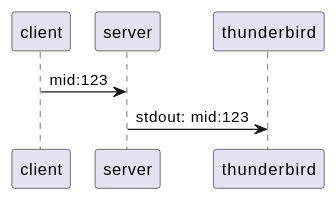
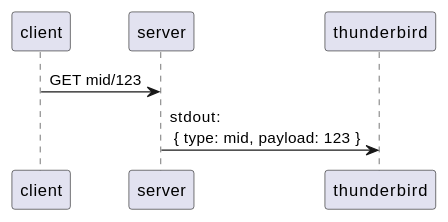
The first of 2 diagrams in TODOs.org (thanhvg/thunderbird-native-message-server), drawn with PlantUML before and after one commit. The commit also changed other lines of this file and 1 other file, not shown here.

```diff
--- a/TODOs.org
+++ b/TODOs.org
@@ -78,11 +78,11 @@
 #+begin_src plantuml :results verbatim
 @startuml
 participant "client" as client 
 participant "server" as srv 
 participant "thunderbird" as tb 
 
-client -> srv: mid:123
-srv -> tb: stdout: mid:123
+client -> srv: GET mid/123
+srv -> tb: stdout:\n { type: mid, payload: 123 }
 @enduml
 
 #+end_src
```
